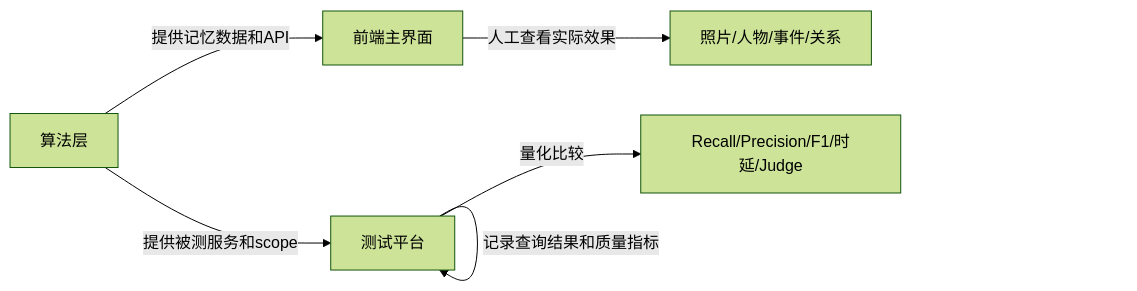
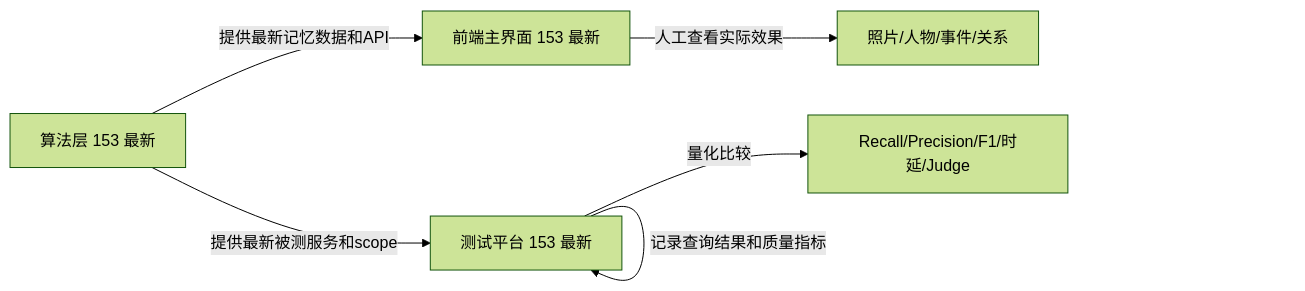
The second of 12 diagrams in docs/project-introduction-and-evaluation-guide.md (yuxi1996/sentrix-home-test), drawn with Mermaid (forest theme) before and after one commit. The commit also changed other lines of this file and 1 other file, not shown here.

````diff
--- a/docs/project-introduction-and-evaluation-guide.md
+++ b/docs/project-introduction-and-evaluation-guide.md
@@ -37,11 +37,11 @@
 ```mermaid
 flowchart LR
-    A[算法层]
-    B[前端主界面]
-    C[测试平台]
-    A -->|提供记忆数据和API| B
-    A -->|提供被测服务和scope| C
+    A[算法层 153 最新]
+    B[前端主界面 153 最新]
+    C[测试平台 153 最新]
+    A -->|提供最新记忆数据和API| B
+    A -->|提供最新被测服务和scope| C
     C -->|记录查询结果和质量指标| C
     B -->|人工查看实际效果| D[照片/人物/事件/关系]
     C -->|量化比较| E[Recall/Precision/F1/时延/Judge]
 ```
````
